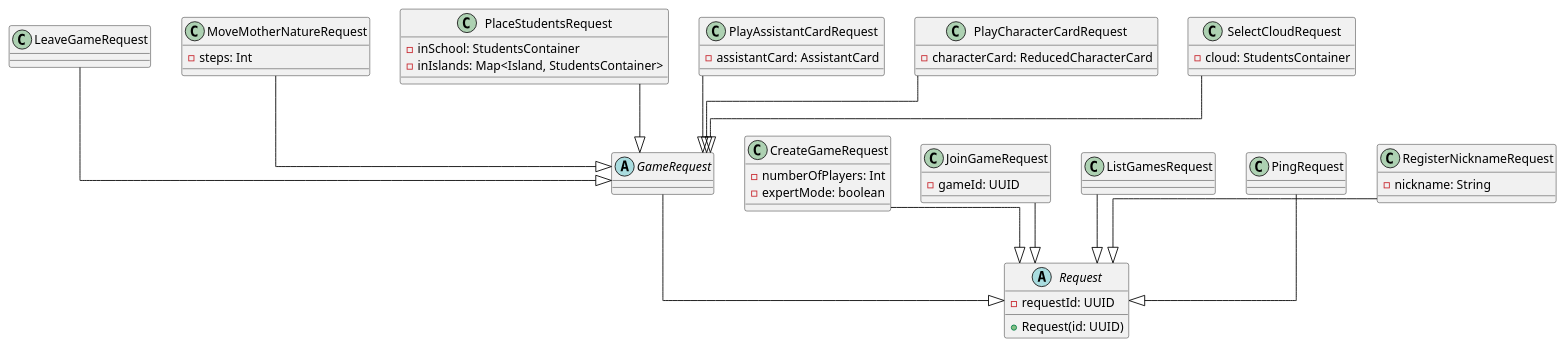
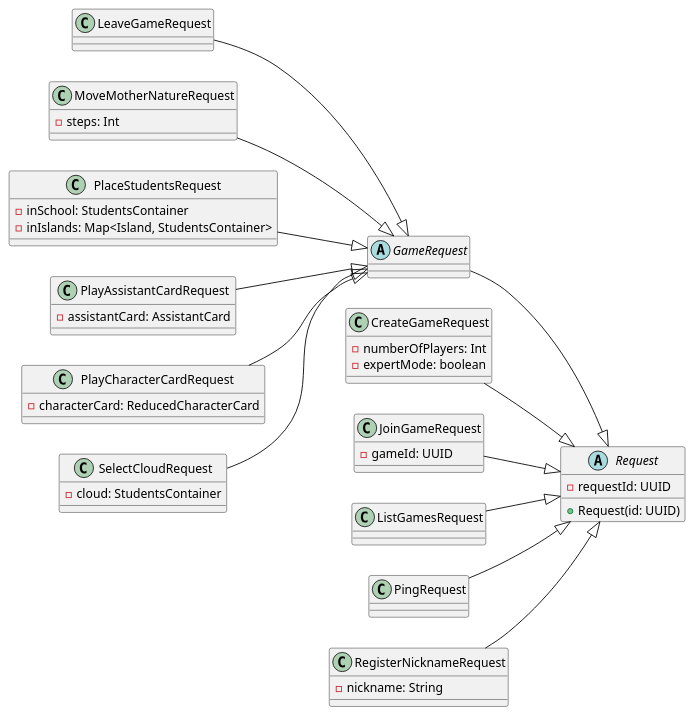
Before and after one commit to francesco-re-1107/eriantys: the diagram in deliverables/uml/sources/low_level/network_requests.plantuml, drawn with PlantUML. The commit also changed 11 other files, not shown here.

```diff
--- a/deliverables/uml/sources/low_level/network_requests.plantuml
+++ b/deliverables/uml/sources/low_level/network_requests.plantuml
@@ -1,53 +1,52 @@
 @startuml
-top to bottom direction
-skinparam linetype ortho
+left to right direction
 
 abstract class Request {
     -requestId: UUID
     +Request(id: UUID)
 }
 abstract class GameRequest
 class CreateGameRequest {
     -numberOfPlayers: Int
     -expertMode: boolean
 }
 class JoinGameRequest {
     -gameId: UUID
 }
 class LeaveGameRequest
 class ListGamesRequest
 class MoveMotherNatureRequest {
     -steps: Int
 }
 class PingRequest
 class PlaceStudentsRequest{
     -inSchool: StudentsContainer
     -inIslands: Map<Island, StudentsContainer>
 }
 class PlayAssistantCardRequest {
     -assistantCard: AssistantCard
 }
 class PlayCharacterCardRequest {
     -characterCard: ReducedCharacterCard
 }
 class RegisterNicknameRequest {
     -nickname: String
 }
 class SelectCloudRequest {
     -cloud: StudentsContainer
 }
 
 CreateGameRequest         -[#000000,plain]-^  Request                  
 GameRequest               -[#000000,plain]-^  Request                  
 JoinGameRequest           -[#000000,plain]-^  Request                  
 LeaveGameRequest          -[#000000,plain]-^  GameRequest              
 ListGamesRequest          -[#000000,plain]-^  Request                  
 MoveMotherNatureRequest   -[#000000,plain]-^  GameRequest              
 PingRequest               -[#000000,plain]-^  Request                  
 PlaceStudentsRequest      -[#000000,plain]-^  GameRequest              
 PlayAssistantCardRequest  -[#000000,plain]-^  GameRequest              
 PlayCharacterCardRequest  -[#000000,plain]-^  GameRequest              
 RegisterNicknameRequest   -[#000000,plain]-^  Request                  
 SelectCloudRequest        -[#000000,plain]-^  GameRequest
 
 @enduml
```
